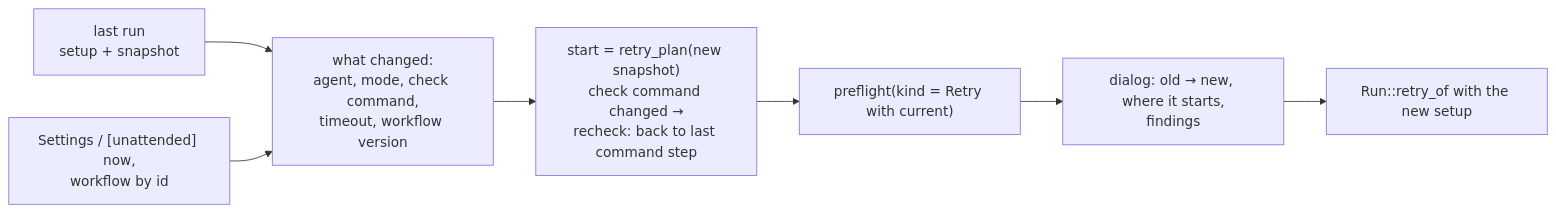
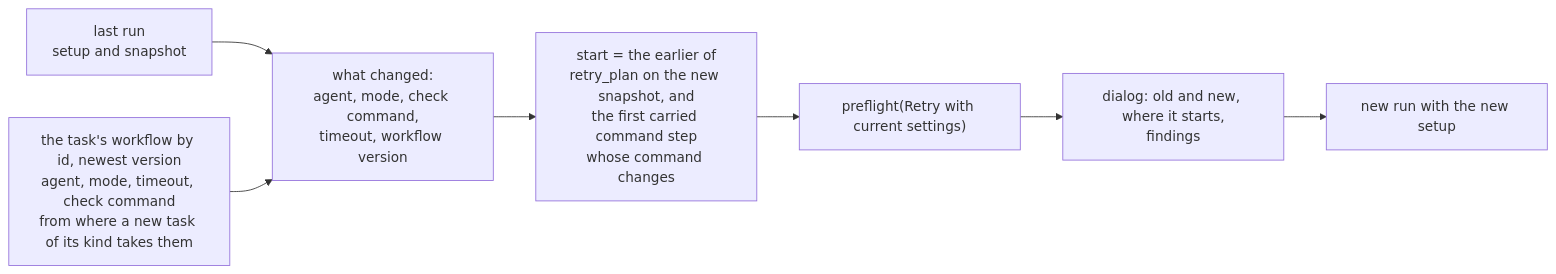
The fifth of 5 diagrams in docs/proposals/issue-workflows/architecture.md (jarviisha/onehand), drawn with Mermaid before and after one commit. The commit also changed other lines of this file and 4 other files, not shown here.

````diff
--- a/docs/proposals/issue-workflows/architecture.md
+++ b/docs/proposals/issue-workflows/architecture.md
@@ -165,9 +218,9 @@
 ```mermaid
 flowchart LR
-    Old["last run<br/>setup + snapshot"] --> Diff["what changed:<br/>agent, mode, check command,<br/>timeout, workflow version"]
-    Now["Settings / [unattended] now,<br/>workflow by id"] --> Diff
-    Diff --> Start["start = retry_plan(new snapshot)<br/>check command changed →<br/>recheck: back to last command step"]
-    Start --> Pre["preflight(kind = Retry with current)"]
-    Pre --> Dlg["dialog: old → new, where it starts,<br/>findings"]
-    Dlg --> New["Run::retry_of with the new setup"]
+    Old["last run<br/>setup and snapshot"] --> Diff["what changed:<br/>agent, mode, check command,<br/>timeout, workflow version"]
+    Now["the task's workflow by id, newest version<br/>agent, mode, timeout, check command<br/>from where a new task of its kind takes them"] --> Diff
+    Diff --> Start["start = the earlier of<br/>retry_plan on the new snapshot, and<br/>the first carried command step<br/>whose command changes"]
+    Start --> Pre["preflight(Retry with current settings)"]
+    Pre --> Dlg["dialog: old and new, where it starts,<br/>findings"]
+    Dlg --> New["new run with the new setup"]
 ```
````
